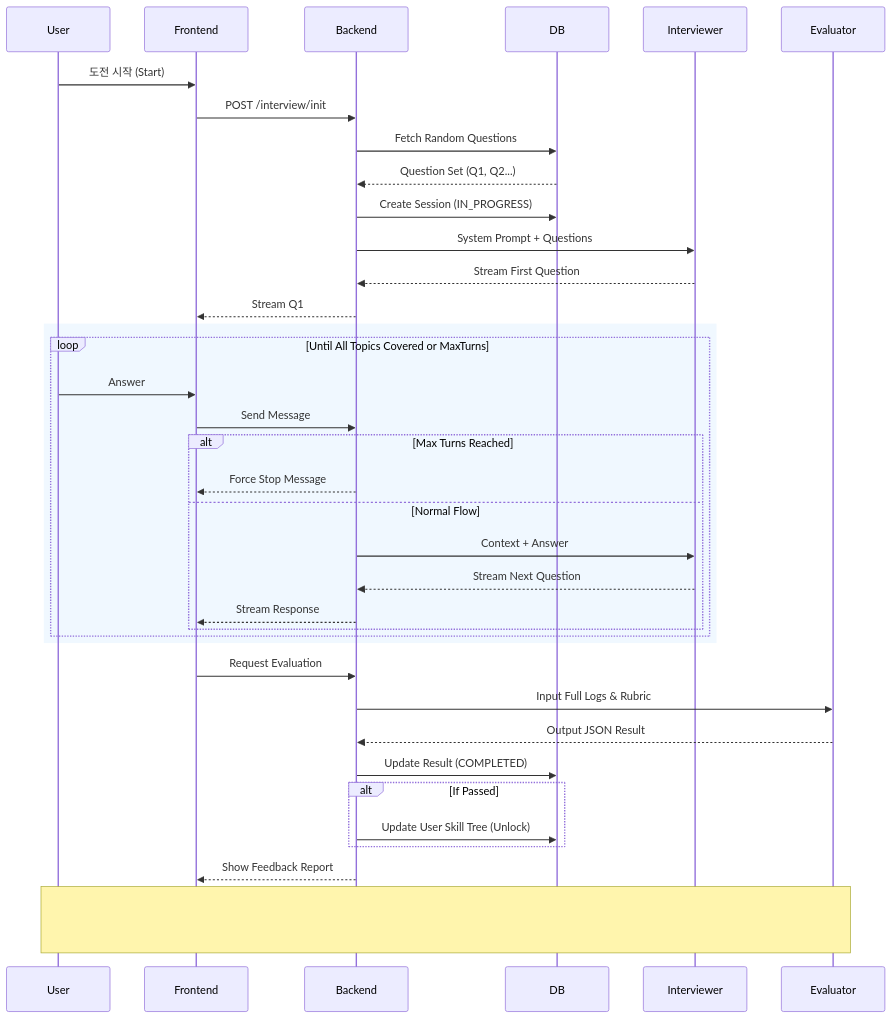
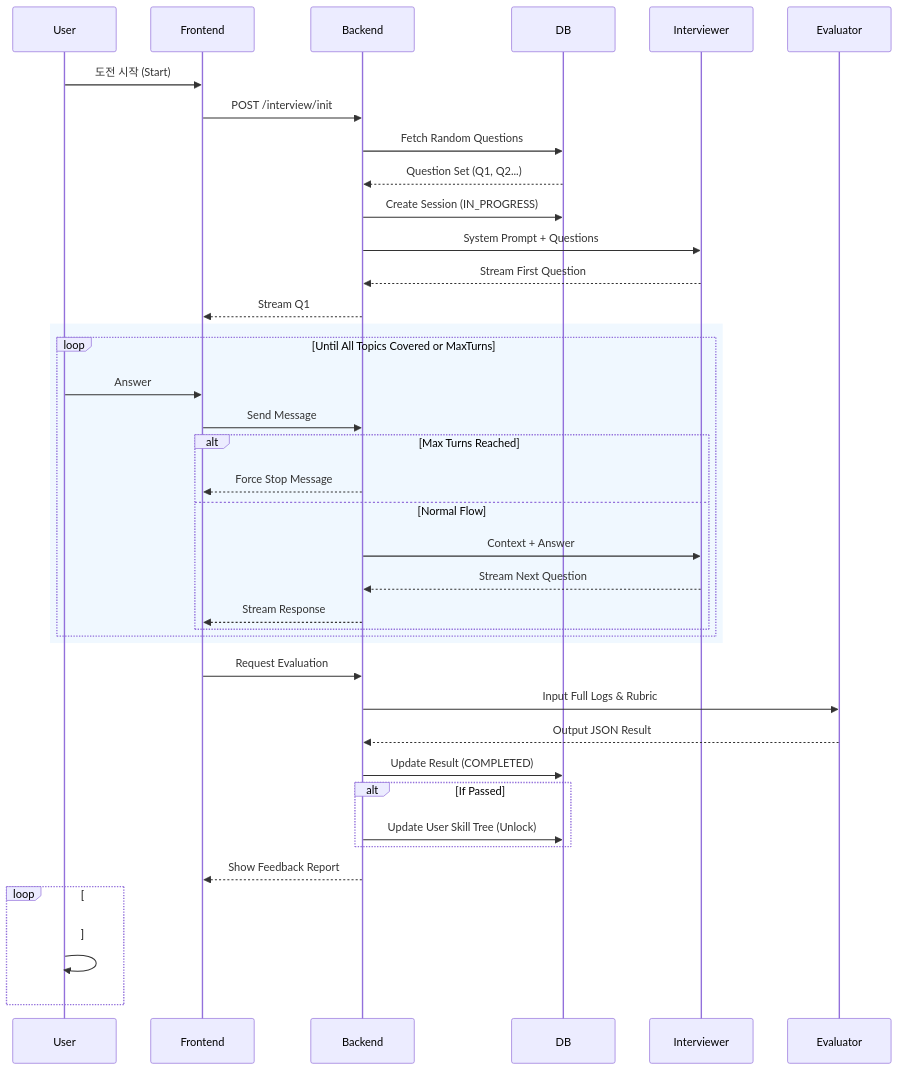
Before and after one commit to haebo9/ai_techtree_project: the diagram in docs/2_design/agent_workflow.md, drawn with Mermaid.

Commit message:
docs:fix: 여백 개선

````diff
--- a/docs/2_design/agent_workflow.md
+++ b/docs/2_design/agent_workflow.md
@@ -114,50 +114,54 @@
 ```mermaid
 sequenceDiagram
     participant User
     participant Frontend
     participant Backend
     participant DB
     participant Interviewer
     participant Evaluator
 
     %% --- [Phase 1: Init] ---
     User->>Frontend: 도전 시작 (Start)
     Frontend->>Backend: POST /interview/init
     
     Backend->>DB: Fetch Random Questions
     DB-->>Backend: Question Set (Q1, Q2...)
     
     Backend->>DB: Create Session (IN_PROGRESS)
     Backend->>Interviewer: System Prompt + Questions
     Interviewer-->>Backend: Stream First Question
     Backend-->>Frontend: Stream Q1
 
     %% --- [Phase 2: Interactive Loop] ---
     rect rgb(240, 248, 255)
         loop Until All Topics Covered or MaxTurns
             User->>Frontend: Answer
             Frontend->>Backend: Send Message
             
             alt Max Turns Reached
                 Backend-->>Frontend: Force Stop Message
             else Normal Flow
                 Backend->>Interviewer: Context + Answer
                 Interviewer-->>Backend: Stream Next Question
                 Backend-->>Frontend: Stream Response
             end
         end
     end
 
     %% --- [Phase 3: Evaluation] ---
     Frontend->>Backend: Request Evaluation
     Backend->>Evaluator: Input Full Logs & Rubric
     Evaluator-->>Backend: Output JSON Result
     
     Backend->>DB: Update Result (COMPLETED)
     alt If Passed
         Backend->>DB: Update User Skill Tree (Unlock)
     end
     
     Backend-->>Frontend: Show Feedback Report
-    Note over User, Evaluator: <br/><br/><br/>
+    
+    %% 하단 여백 확보용 (보이지 않는 루프)
+    loop <br/><br/><br/>
+        User->>User:  
+    end
 ```
````
